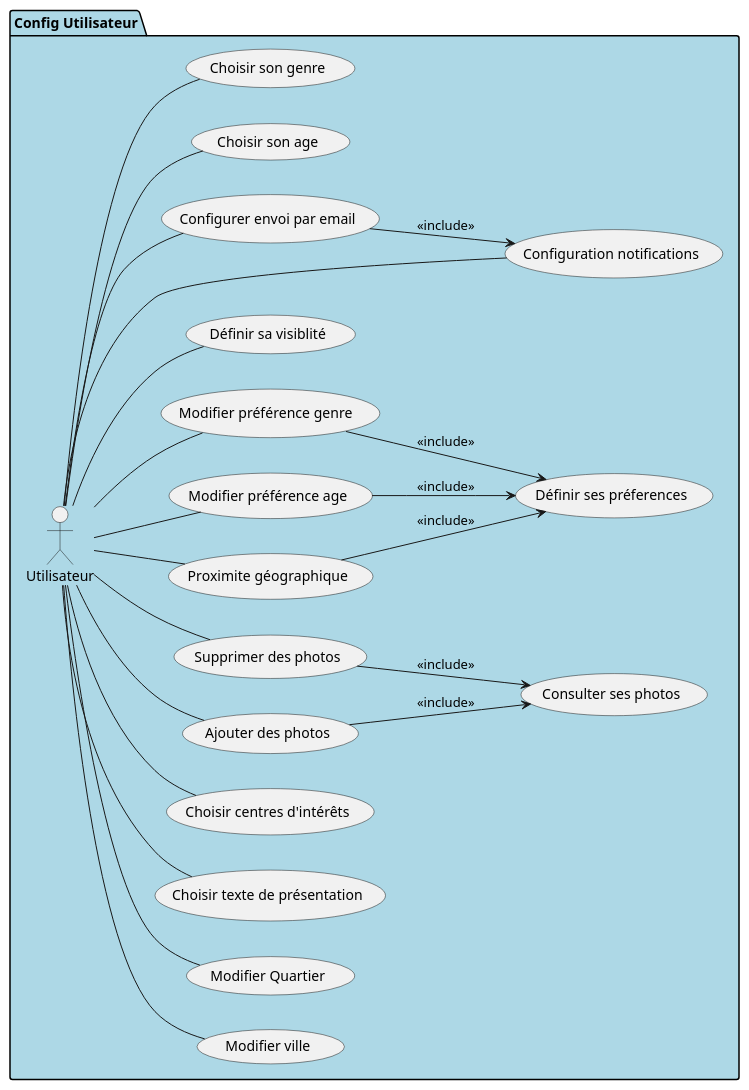
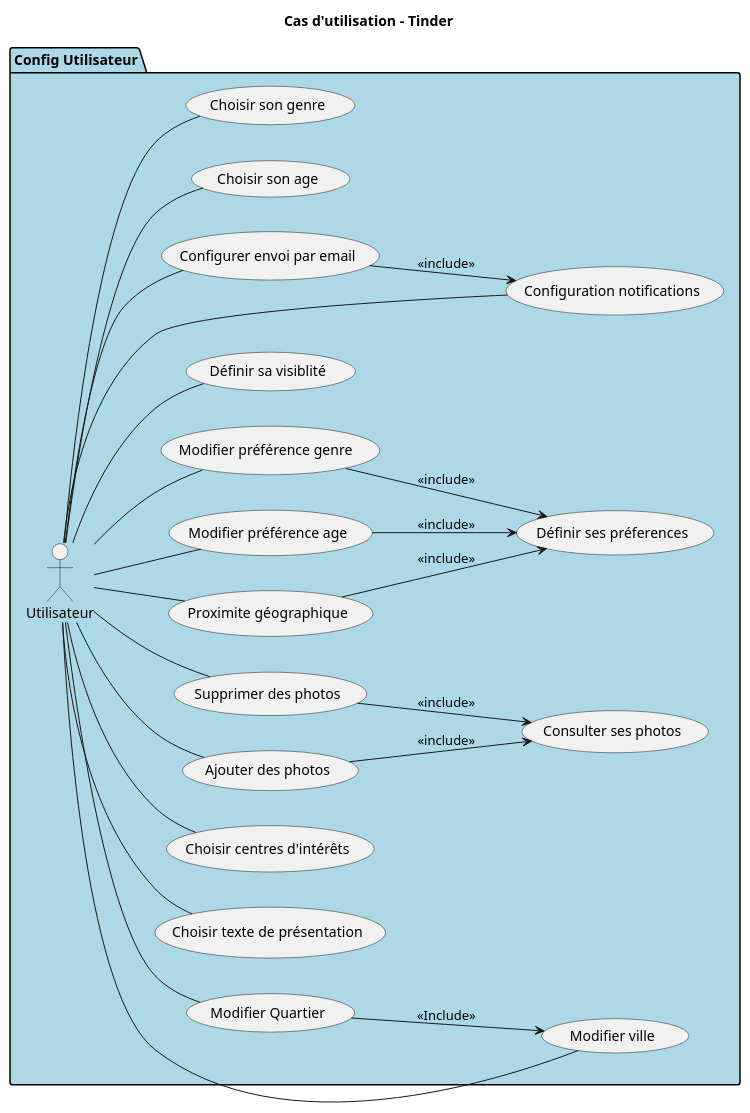
One commit to MinaroliCorentin/PSO changed the diagram in src/Projet_Tinder_Cas_Utilisation_Configuration_Utilisateur.puml. Above: the diagram before and after it, drawn with PlantUML. The commit also changed 5 other files, not shown here.

Commit message:
Modification sur les cas d'utilisation. La définition du quartier necessite d'avoir renseigné une ville. Developpement plus important de rechercher profil

```diff
--- a/src/Projet_Tinder_Cas_Utilisation_Configuration_Utilisateur.puml
+++ b/src/Projet_Tinder_Cas_Utilisation_Configuration_Utilisateur.puml
@@ -1,49 +1,48 @@
 @startuml
 left to right direction
+title Cas d'utilisation - Tinder
+
 package "Config Utilisateur" #LightBlue {
 
     usecase "Modifier ville" as modif_Ville
     usecase "Modifier Quartier" as modif_Quartier
     usecase "Choisir texte de présentation" as modif_Texte_Presentation
     usecase "Choisir centres d'intérêts" as modif_Centre_Interets
     usecase "Consulter ses photos" as modif_Consultation
     usecase "Ajouter des photos" as modif_Ajouter_Photos
     usecase "Supprimer des photos" as modif_Supprimer_Photos
     usecase "Définir ses préferences" as modif_pref
     usecase "Proximite géographique" as modif_proximite
     usecase "Modifier préférence age" as modif_age
     usecase "Modifier préférence genre " as modif_genre
     usecase "Définir sa visiblité" as modif_critere_visibilite_autres
     usecase "Configuration notifications" as modif_notif
     usecase "Configurer envoi par email" as modif_email
     usecase "Choisir son age" as modif_son_age
     usecase "Choisir son genre" as modif_son_genre
 
     modif_proximite --> modif_pref : <<include>>
-
     modif_genre --> modif_pref : <<include>>
-
     modif_age --> modif_pref : <<include>>
+    modif_email --> modif_notif : <<include>>
+    modif_Supprimer_Photos --> modif_Consultation : <<include>>
+    modif_Ajouter_Photos --> modif_Consultation : <<include>>
+    modif_Quartier --> modif_Ville : <<Include>>
 
     Utilisateur -- modif_email
-
-    modif_email --> modif_notif : <<include>>
     Utilisateur -- modif_Ville
     Utilisateur -- modif_Quartier
     Utilisateur -- modif_Texte_Presentation
     Utilisateur -- modif_Centre_Interets
     Utilisateur -- modif_Supprimer_Photos
     Utilisateur -- modif_Ajouter_Photos
     Utilisateur -- modif_genre
     Utilisateur -- modif_age
     Utilisateur -- modif_proximite
     Utilisateur -- modif_critere_visibilite_autres
     Utilisateur -- modif_notif
     Utilisateur -- modif_son_age
     Utilisateur -- modif_son_genre
 
-    modif_Supprimer_Photos --> modif_Consultation : <<include>>
-    modif_Ajouter_Photos --> modif_Consultation : <<include>>
-
 }
 @enduml
```
